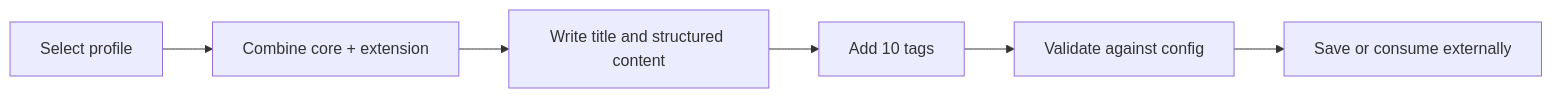
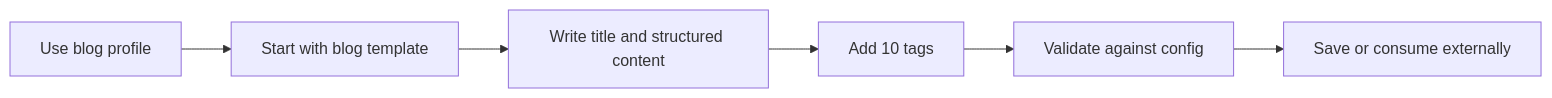
The second of 2 diagrams in README.md (promotemyapp/post), drawn with Mermaid before and after one commit. The commit also changed other lines of this file and 3 other files, not shown here.

````diff
--- a/README.md
+++ b/README.md
@@ -46,8 +46,8 @@
 ```mermaid
 flowchart LR
-    A[Select profile] --> B[Combine core + extension]
+    A[Use blog profile] --> B[Start with blog template]
     B --> C[Write title and structured content]
     C --> D[Add 10 tags]
     D --> E[Validate against config]
     E --> F[Save or consume externally]
 ```
````
